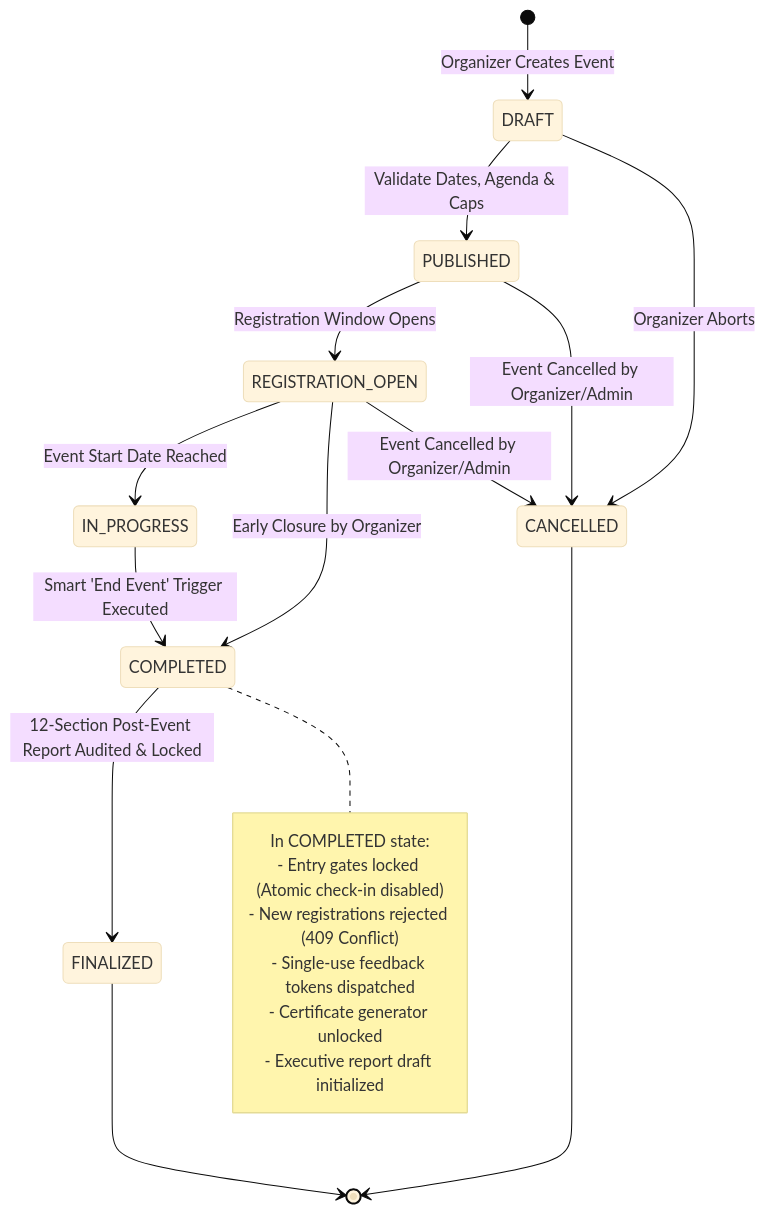
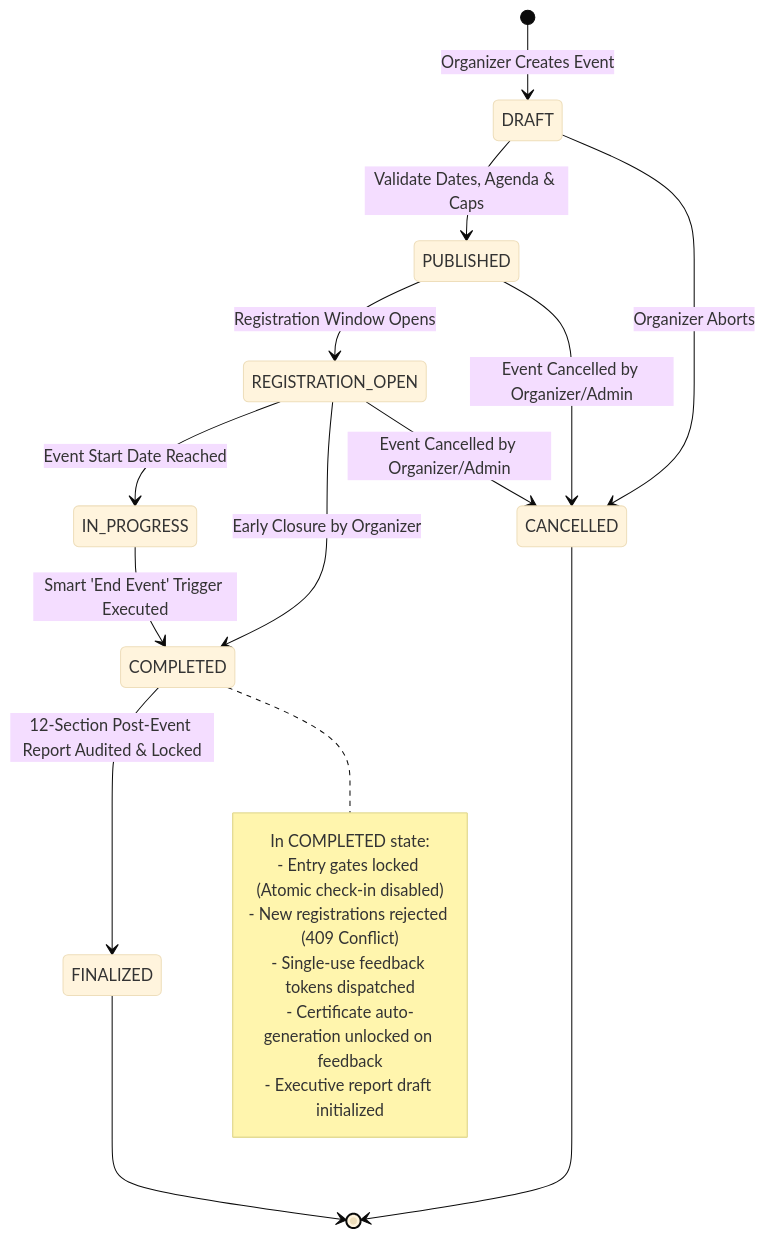
Before and after one commit to Muddassir-ahmmad/Eventra: diagram 11 of 16 in EVENTRA_PROJECT_REPORT.md, drawn with Mermaid (base theme). The commit also changed other lines of this file and 1 other file, not shown here.

Commit message:
docs(report): update complete academic report with all flowcharts, diagrams, and IEEE citations

````diff
--- a/EVENTRA_PROJECT_REPORT.md
+++ b/EVENTRA_PROJECT_REPORT.md
@@ -968,30 +965,30 @@
 ```mermaid
 stateDiagram-v2
     [*] --> DRAFT: Organizer Creates Event
     
     DRAFT --> PUBLISHED: Validate Dates, Agenda & Caps
     DRAFT --> CANCELLED: Organizer Aborts
     
     PUBLISHED --> REGISTRATION_OPEN: Registration Window Opens
     REGISTRATION_OPEN --> IN_PROGRESS: Event Start Date Reached
     
     REGISTRATION_OPEN --> COMPLETED: Early Closure by Organizer
     IN_PROGRESS --> COMPLETED: Smart 'End Event' Trigger Executed
     
     PUBLISHED --> CANCELLED: Event Cancelled by Organizer/Admin
     REGISTRATION_OPEN --> CANCELLED: Event Cancelled by Organizer/Admin
     
     COMPLETED --> FINALIZED: 12-Section Post-Event Report Audited & Locked
     
     CANCELLED --> [*]
     FINALIZED --> [*]
 
     note right of COMPLETED
         In COMPLETED state:
         - Entry gates locked (Atomic check-in disabled)
         - New registrations rejected (409 Conflict)
         - Single-use feedback tokens dispatched
-        - Certificate generator unlocked
+        - Certificate auto-generation unlocked on feedback
         - Executive report draft initialized
     end note
 ```
````
